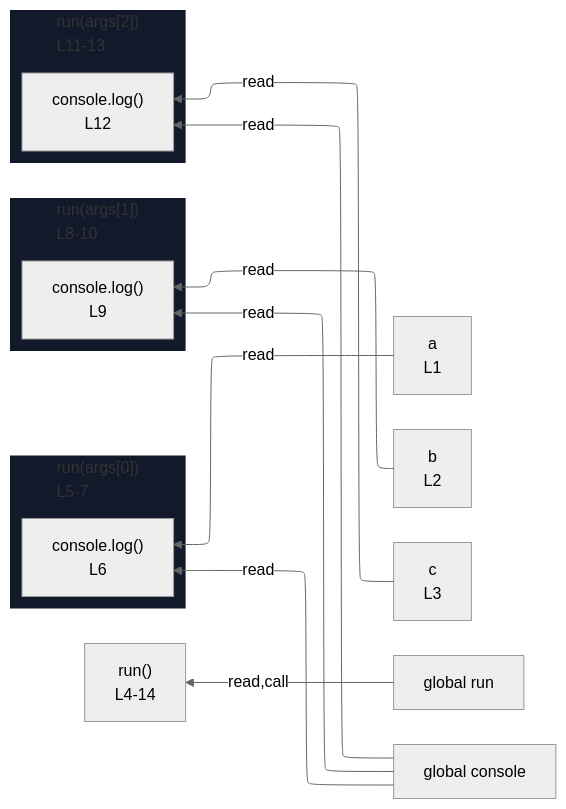
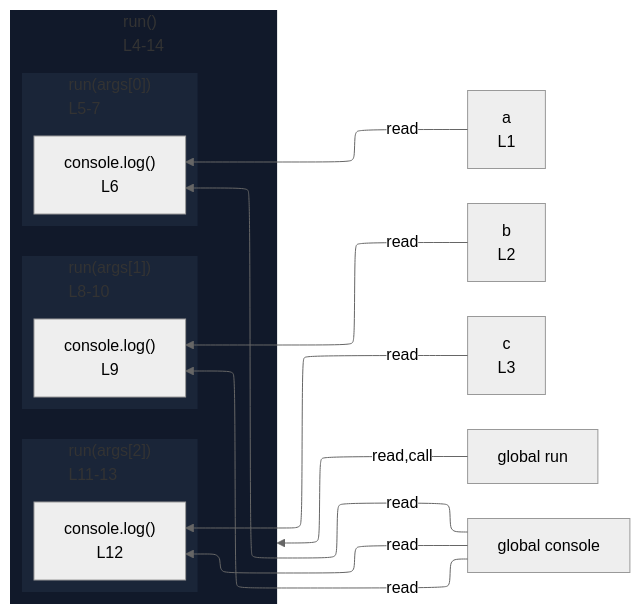
The diagram in integration/fixtures/expression-statement/call-with-three-callbacks/preview.md (crescware/unsnarl), drawn with Mermaid (neutral theme) before and after one commit. The commit also changed 39 other files, not shown here.

````diff
--- a/integration/fixtures/expression-statement/call-with-three-callbacks/preview.md
+++ b/integration/fixtures/expression-statement/call-with-three-callbacks/preview.md
@@ -24,33 +24,37 @@
 ```mermaid
 %%{init: {"flowchart": {"defaultRenderer": "elk"}}}%%
 flowchart RL
   n_scope_0_a_6["a<br/>L1"]
   n_scope_0_b_19["b<br/>L2"]
   n_scope_0_c_32["c<br/>L3"]
   n_scope_0_run_39["global run"]
   n_scope_0_console_58["global console"]
-  subgraph s_scope_1["run(args[0])<br/>L5-7"]
+  subgraph expr_stmt_39["run()<br/>L4-14"]
     direction RL
-    expr_stmt_58["console.log()<br/>L6"]
-  end
-  subgraph s_scope_2["run(args[1])<br/>L8-10"]
-    direction RL
-    expr_stmt_93["console.log()<br/>L9"]
-  end
-  subgraph s_scope_3["run(args[2])<br/>L11-13"]
-    direction RL
-    expr_stmt_128["console.log()<br/>L12"]
+    subgraph s_scope_1["run(args[0])<br/>L5-7"]
+      direction RL
+      expr_stmt_58["console.log()<br/>L6"]
+    end
+    subgraph s_scope_2["run(args[1])<br/>L8-10"]
+      direction RL
+      expr_stmt_93["console.log()<br/>L9"]
+    end
+    subgraph s_scope_3["run(args[2])<br/>L11-13"]
+      direction RL
+      expr_stmt_128["console.log()<br/>L12"]
+    end
   end
   n_scope_0_run_39 -->|read,call| expr_stmt_39
   n_scope_0_console_58 -->|read| expr_stmt_58
   n_scope_0_a_6 -->|read| expr_stmt_58
   n_scope_0_console_58 -->|read| expr_stmt_93
   n_scope_0_b_19 -->|read| expr_stmt_93
   n_scope_0_console_58 -->|read| expr_stmt_128
   n_scope_0_c_32 -->|read| expr_stmt_128
-  expr_stmt_39["run()<br/>L4-14"]
   classDef nestL1 fill:#11192a,stroke:transparent;
-  class s_scope_1 nestL1;
-  class s_scope_2 nestL1;
-  class s_scope_3 nestL1;
+  class expr_stmt_39 nestL1;
+  classDef nestL2 fill:#1a2538,stroke:transparent;
+  class s_scope_1 nestL2;
+  class s_scope_2 nestL2;
+  class s_scope_3 nestL2;
 ```
````
